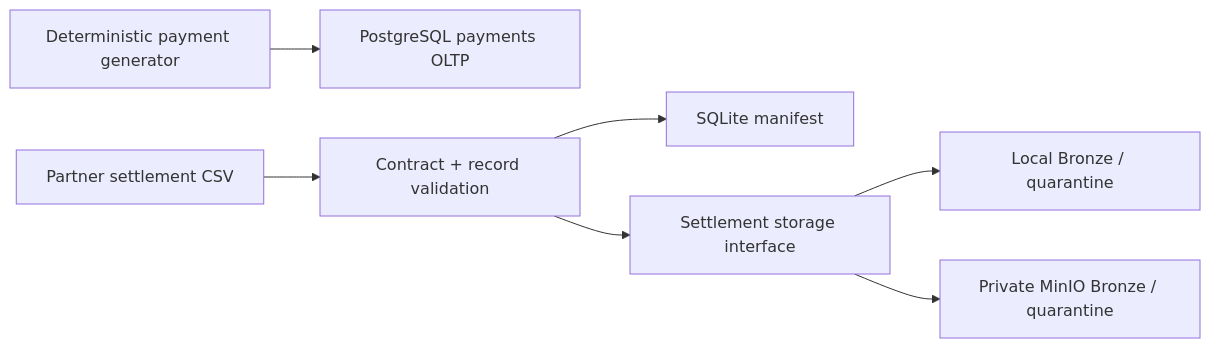
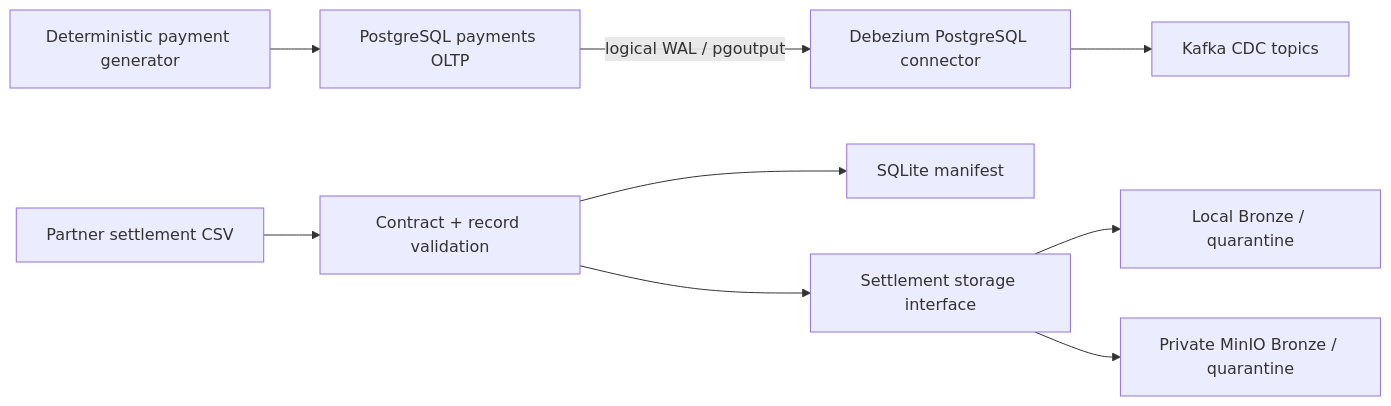
One commit to minzi03/fintech-payments-data-platform changed the first of 2 diagrams in docs/architecture/target-architecture.md. Above: the diagram before and after it, drawn with Mermaid. The commit also changed other lines of this file and 38 other files, not shown here.

Commit message:
feat: add PostgreSQL CDC with Debezium and Kafka

````diff
--- a/docs/architecture/target-architecture.md
+++ b/docs/architecture/target-architecture.md
@@ -29,9 +30,11 @@
 ```mermaid
 flowchart LR
     GEN["Deterministic payment generator"] --> PG["PostgreSQL payments OLTP"]
+    PG -->|"logical WAL / pgoutput"| DBZ["Debezium PostgreSQL connector"]
+    DBZ --> KAFKA["Kafka CDC topics"]
     CSV["Partner settlement CSV"] --> BATCH["Contract + record validation"]
     BATCH --> MANIFEST["SQLite manifest"]
     BATCH --> STORE["Settlement storage interface"]
     STORE --> LOCAL["Local Bronze / quarantine"]
     STORE --> MINIO["Private MinIO Bronze / quarantine"]
 ```
````
